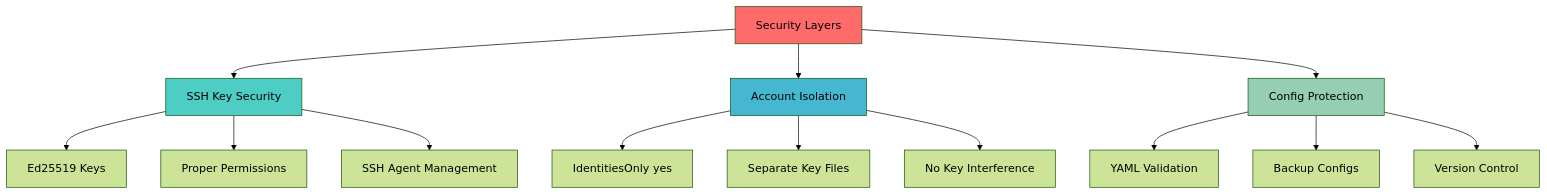
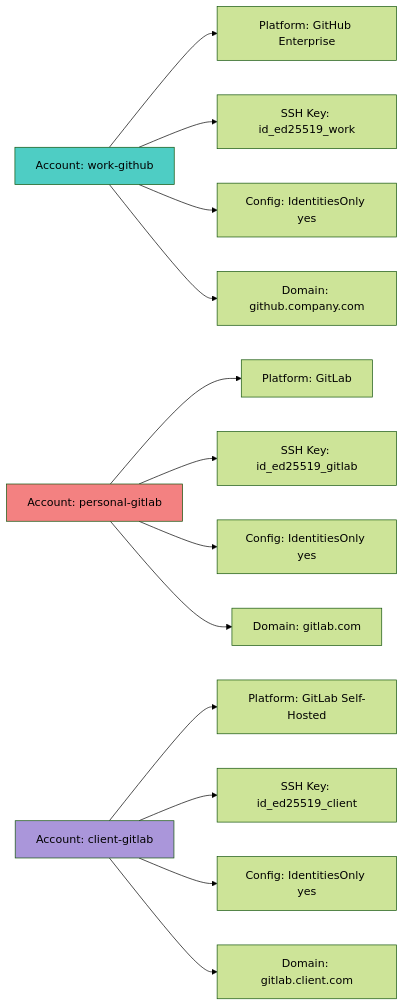
One commit to techishthoughts-org/gitshift changed the sixth of 6 diagrams in README.md. Above: the diagram before and after it, drawn with Mermaid (forest theme). The commit also changed other lines of this file, not shown here.

First line of the commit message:
docs: comprehensive README rewrite with multi-platform strategy

````diff
--- a/README.md
+++ b/README.md
@@ -626,23 +366,21 @@
 ```mermaid
-graph TD
-    A[Security Layers] --> B[SSH Key Security]
-    A --> C[Account Isolation]
-    A --> D[Config Protection]
+graph LR
+    A[Account: work-github] --> A1[Platform: GitHub Enterprise]
+    A --> A2[SSH Key: id_ed25519_work]
+    A --> A3[Config: IdentitiesOnly yes]
+    A --> A4[Domain: github.company.com]
 
-    B --> B1[Ed25519 Keys]
-    B --> B2[Proper Permissions]
-    B --> B3[SSH Agent Management]
+    B[Account: personal-gitlab] --> B1[Platform: GitLab]
+    B --> B2[SSH Key: id_ed25519_gitlab]
+    B --> B3[Config: IdentitiesOnly yes]
+    B --> B4[Domain: gitlab.com]
 
-    C --> C1[IdentitiesOnly yes]
-    C --> C2[Separate Key Files]
-    C --> C3[No Key Interference]
+    C[Account: client-gitlab] --> C1[Platform: GitLab Self-Hosted]
+    C --> C2[SSH Key: id_ed25519_client]
+    C --> C3[Config: IdentitiesOnly yes]
+    C --> C4[Domain: gitlab.client.com]
 
-    D --> D1[YAML Validation]
-    D --> D2[Backup Configs]
-    D --> D3[Version Control]
-
-    style A fill:#ff6b6b
-    style B fill:#4ecdc4
-    style C fill:#45b7d1
-    style D fill:#96ceb4
+    style A fill:#4ecdc4
+    style B fill:#f38181
+    style C fill:#aa96da
 ```
````
